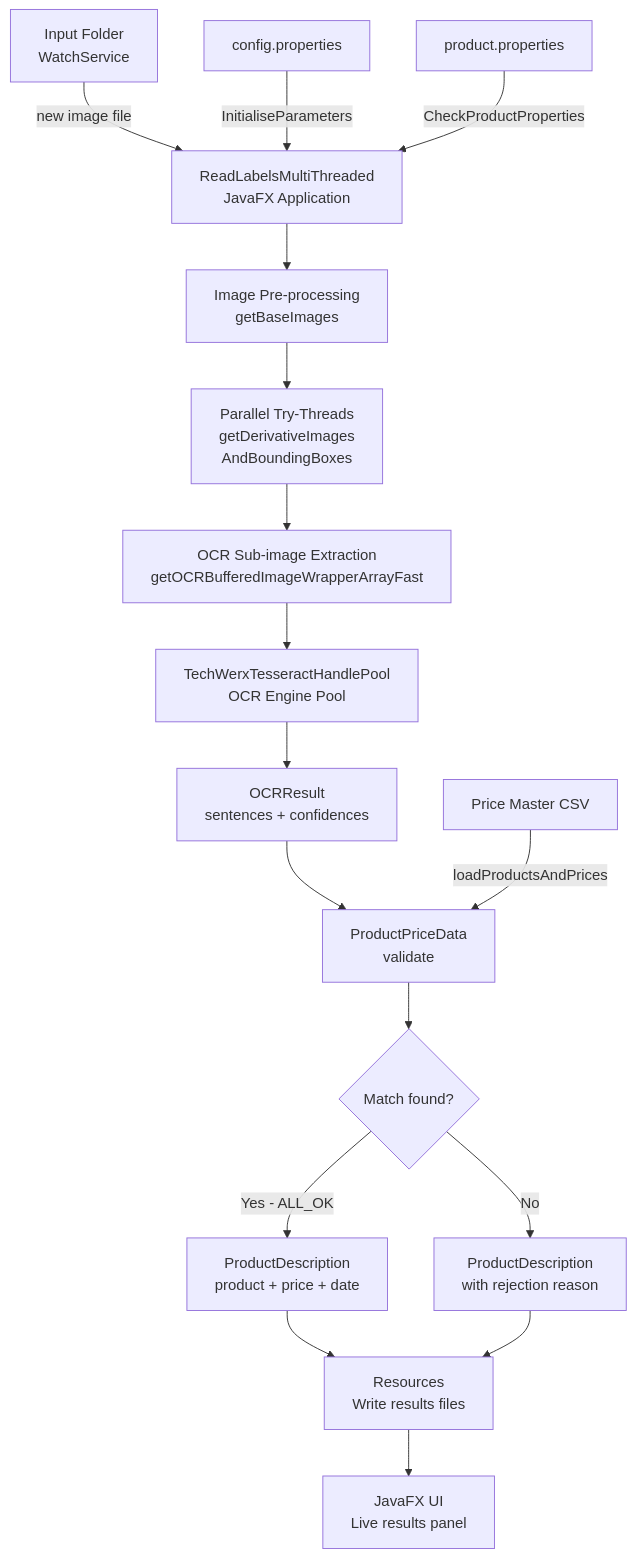
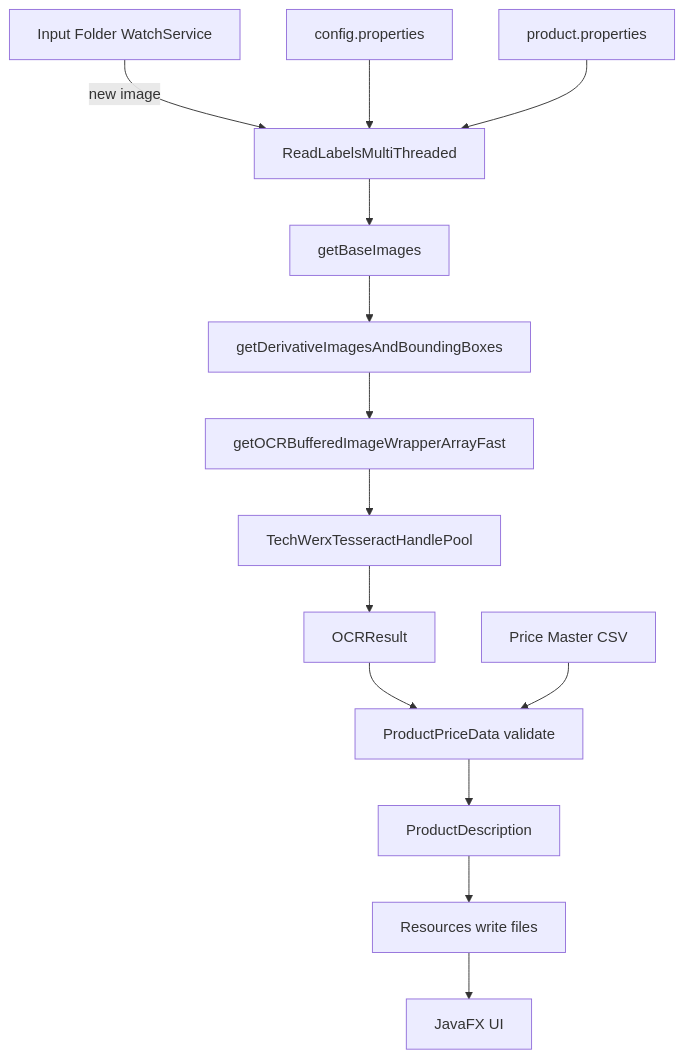
One commit to UBags/KitchenwarePackagingCompliance changed the first of 13 diagrams in ReadMe.md. Above: the diagram before and after it, drawn with Mermaid. The commit also changed other lines of this file, not shown here.

````diff
--- a/ReadMe.md
+++ b/ReadMe.md
@@ -31,20 +29,16 @@
 ```mermaid
-graph TD
-    A[Input Folder\nWatchService] -->|new image file| B[ReadLabelsMultiThreaded\nJavaFX Application]
-    B --> C[Image Pre-processing\ngetBaseImages]
-    C --> D[Parallel Try-Threads\ngetDerivativeImages\nAndBoundingBoxes]
-    D --> E[OCR Sub-image Extraction\ngetOCRBufferedImageWrapperArrayFast]
-    E --> F[TechWerxTesseractHandlePool\nOCR Engine Pool]
-    F --> G[OCRResult\nsentences + confidences]
-    G --> H[ProductPriceData\nvalidate]
-    H --> I{Match found?}
-    I -->|Yes - ALL_OK| J[ProductDescription\nproduct + price + date]
-    I -->|No| K[ProductDescription\nwith rejection reason]
-    J --> L[Resources\nWrite results files]
-    K --> L
-    L --> M[JavaFX UI\nLive results panel]
-
-    N[Price Master CSV] -->|loadProductsAndPrices| H
-    O[config.properties] -->|InitialiseParameters| B
-    P[product.properties] -->|CheckProductProperties| B
+flowchart TD
+    A[Input Folder WatchService] -->|new image| B[ReadLabelsMultiThreaded]
+    B --> C[getBaseImages]
+    C --> D[getDerivativeImagesAndBoundingBoxes]
+    D --> E[getOCRBufferedImageWrapperArrayFast]
+    E --> F[TechWerxTesseractHandlePool]
+    F --> G[OCRResult]
+    G --> H[ProductPriceData validate]
+    H --> I[ProductDescription]
+    I --> J[Resources write files]
+    J --> K[JavaFX UI]
+    L[Price Master CSV] --> H
+    M[config.properties] --> B
+    N[product.properties] --> B
 ```
````
